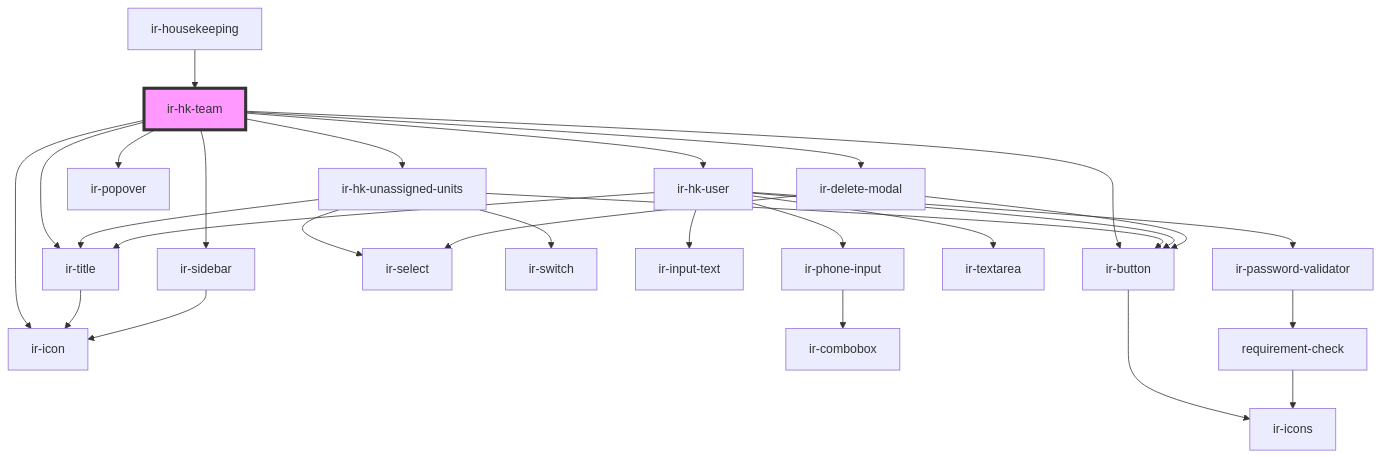
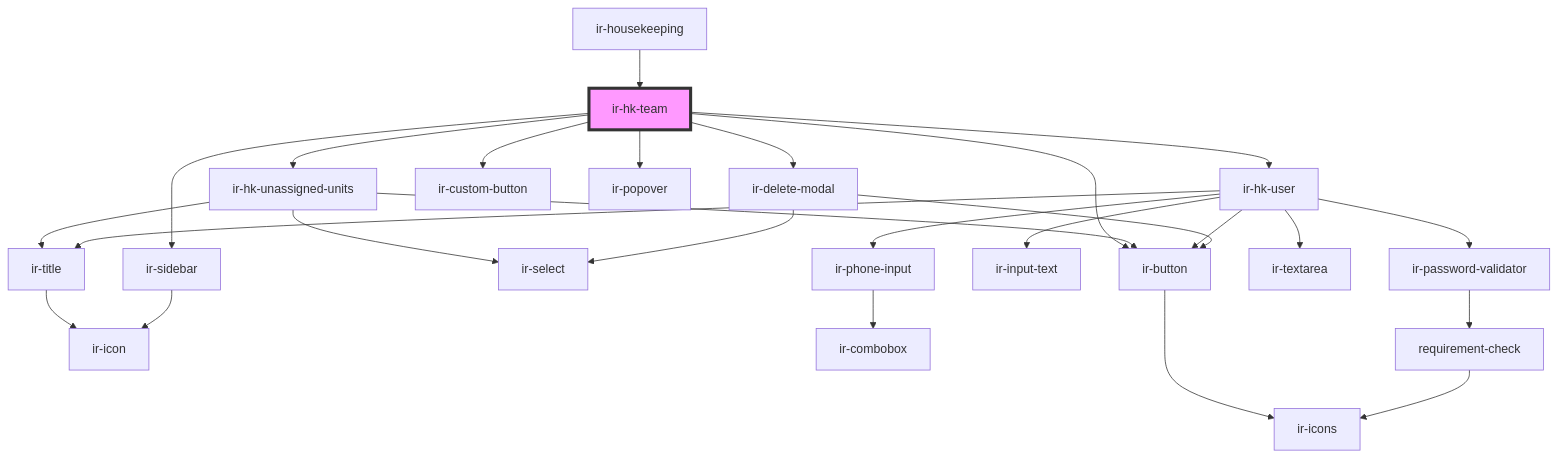
One commit to RonyRizk/ir-webcmp changed the diagram in src/components/ir-housekeeping/ir-hk-team/readme.md. Above: the diagram before and after it, drawn with Mermaid. The commit also changed other lines of this file and 88 other files, not shown here.

````diff
--- a/src/components/ir-housekeeping/ir-hk-team/readme.md
+++ b/src/components/ir-housekeeping/ir-hk-team/readme.md
@@ -26,31 +25,29 @@
 ```mermaid
 graph TD;
   ir-hk-team --> ir-hk-unassigned-units
   ir-hk-team --> ir-hk-user
-  ir-hk-team --> ir-title
-  ir-hk-team --> ir-icon
+  ir-hk-team --> ir-custom-button
   ir-hk-team --> ir-popover
   ir-hk-team --> ir-button
   ir-hk-team --> ir-sidebar
   ir-hk-team --> ir-delete-modal
   ir-hk-unassigned-units --> ir-select
-  ir-hk-unassigned-units --> ir-switch
   ir-hk-unassigned-units --> ir-title
   ir-hk-unassigned-units --> ir-button
   ir-title --> ir-icon
   ir-button --> ir-icons
   ir-hk-user --> ir-title
   ir-hk-user --> ir-input-text
   ir-hk-user --> ir-phone-input
   ir-hk-user --> ir-textarea
   ir-hk-user --> ir-password-validator
   ir-hk-user --> ir-button
   ir-phone-input --> ir-combobox
   ir-password-validator --> requirement-check
   requirement-check --> ir-icons
   ir-sidebar --> ir-icon
   ir-delete-modal --> ir-button
   ir-delete-modal --> ir-select
   ir-housekeeping --> ir-hk-team
   style ir-hk-team fill:#f9f,stroke:#333,stroke-width:4px
 ```
````
